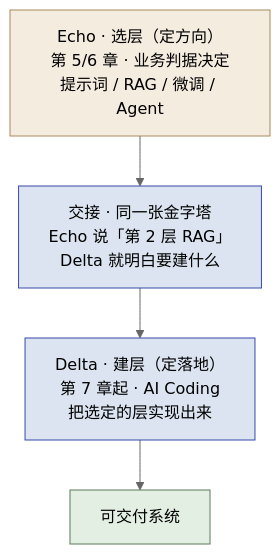
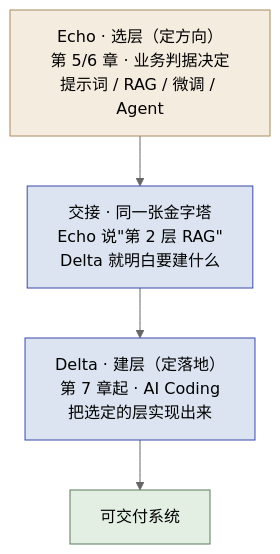
The second of 4 diagrams in textbook/第07章_Delta工作法_AI_Coding与工程纪律.md (cloudzun/fde-102), drawn with Mermaid (neutral theme) before and after one commit. The commit also changed other lines of this file and 6 other files, not shown here.

````diff
--- a/textbook/第07章_Delta工作法_AI_Coding与工程纪律.md
+++ b/textbook/第07章_Delta工作法_AI_Coding与工程纪律.md
@@ -120,12 +120,12 @@
 ```mermaid
 flowchart TB
     echo["Echo · 选层（定方向）<br/>第 5/6 章 · 业务判据决定<br/>提示词 / RAG / 微调 / Agent"]
-    handover["交接 · 同一张金字塔<br/>Echo 说「第 2 层 RAG」<br/>Delta 就明白要建什么"]
+    handover["交接 · 同一张金字塔<br/>Echo 说&quot;第 2 层 RAG&quot;<br/>Delta 就明白要建什么"]
     delta["Delta · 建层（定落地）<br/>第 7 章起 · AI Coding<br/>把选定的层实现出来"]
     ship["可交付系统"]
     echo --> handover --> delta --> ship
     style echo fill:#f5ece0,stroke:#a8895f
     style handover fill:#dbe4f0,stroke:#3949ab
     style delta fill:#dbe4f0,stroke:#3949ab
     style ship fill:#e4efe4,stroke:#5b7a5b
 ```
````
